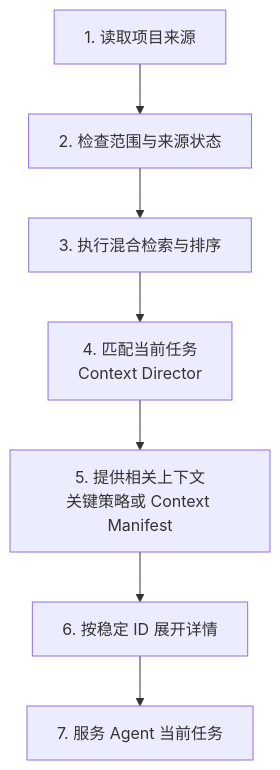
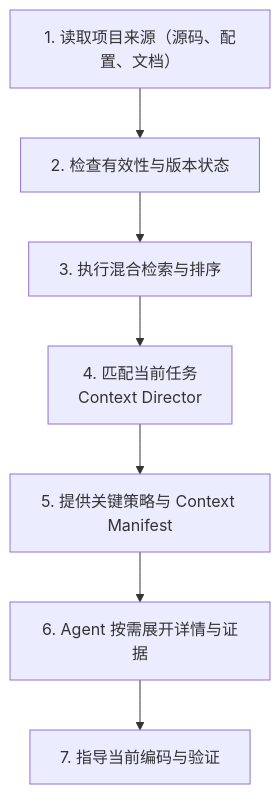
The diagram in zh/plugins/project-rules.mdx (rpamis/comet-website-docs), drawn with Mermaid before and after one commit. The commit also changed other lines of this file and 5 other files, not shown here.

````diff
--- a/zh/plugins/project-rules.mdx
+++ b/zh/plugins/project-rules.mdx
@@ -200,9 +89,9 @@
 ```mermaid
 flowchart TD
-  S["1. 读取项目来源"] --> F["2. 检查范围与来源状态"]
+  S["1. 读取项目来源（源码、配置、文档）"] --> F["2. 检查有效性与版本状态"]
   F --> R["3. 执行混合检索与排序"]
   R --> C["4. 匹配当前任务<br/>Context Director"]
-  C --> K["5. 提供相关上下文<br/>关键策略或 Context Manifest"]
-  K --> E["6. 按稳定 ID 展开详情"]
-  E --> A["7. 服务 Agent 当前任务"]
+  C --> K["5. 提供关键策略与 Context Manifest"]
+  K --> E["6. Agent 按需展开详情与证据"]
+  E --> A["7. 指导当前编码与验证"]
 ```
````
